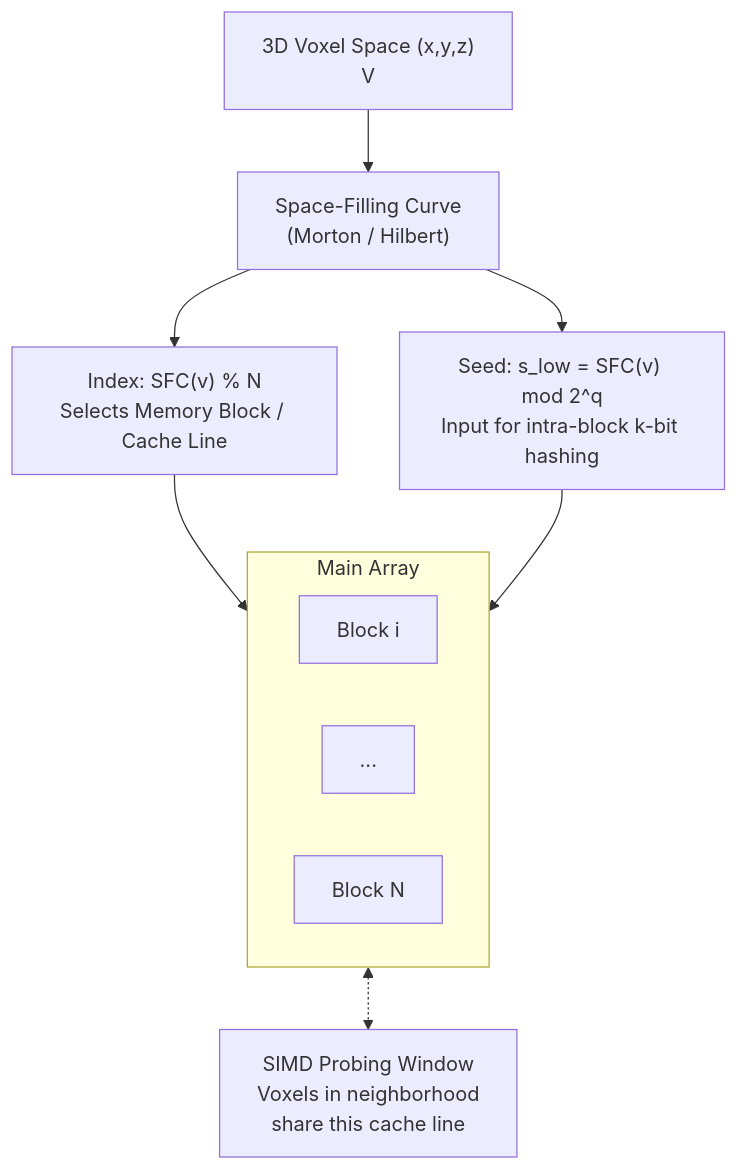
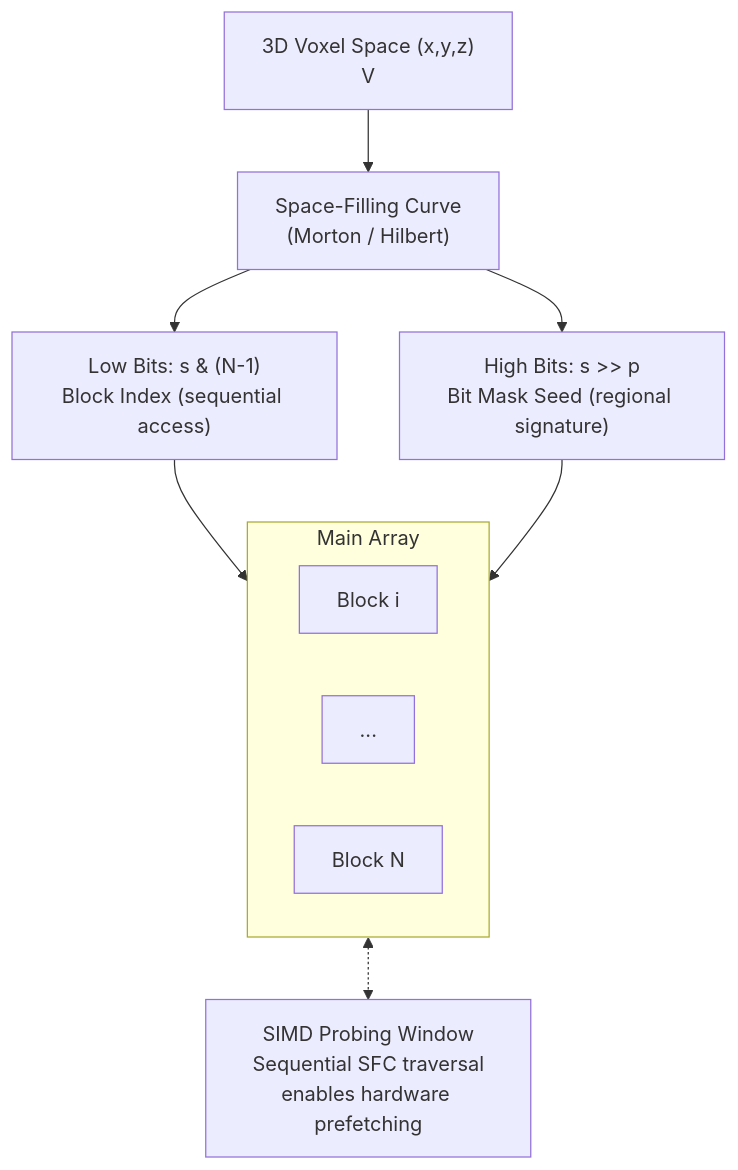
Before and after one commit to mlaass/counting-globimaps: the first of 2 diagrams in docs/ideas/sbbf_proposal.md, drawn with Mermaid. The commit also changed other lines of this file, not shown here.

Commit message:
docs: clarify SBBF bit-splitting rationale with low bits for block index and high bits for mask

````diff
--- a/docs/ideas/sbbf_proposal.md
+++ b/docs/ideas/sbbf_proposal.md
@@ -68,25 +76,25 @@
 ```mermaid
 flowchart TB
     V["3D Voxel Space (x,y,z)<br/> V "]
 
     SFC["Space-Filling Curve<br/>(Morton / Hilbert)"]
 
     V --> SFC
 
-    SFC --> Index["Index: SFC(v) % N<br/>Selects Memory Block / Cache Line"]
-    SFC --> Seed["Seed: s_low = SFC(v) mod 2^q<br/>Input for intra-block k-bit hashing"]
+    SFC --> Index["Low Bits: s & (N-1)<br/>Block Index (sequential access)"]
+    SFC --> Mask["High Bits: s >> p<br/>Bit Mask Seed (regional signature)"]
 
     Index --> Bi
-    Seed --> Bi
+    Mask --> Bi
 
     subgraph MainArray["Main Array"]
         direction LR
         Bi["Block i"]
         D2["..."]
         BN["Block N"]
     end
 
-    SIMD["SIMD Probing Window<br/>Voxels in neighborhood<br/>share this cache line"]
+    SIMD["SIMD Probing Window<br/>Sequential SFC traversal<br/>enables hardware prefetching"]
 
     Bi <-.-> SIMD
 ```
````
